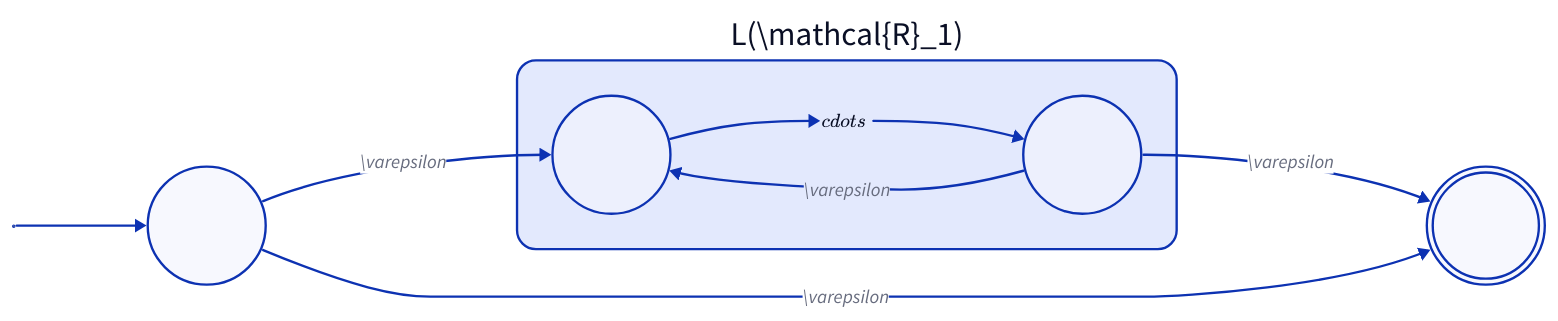
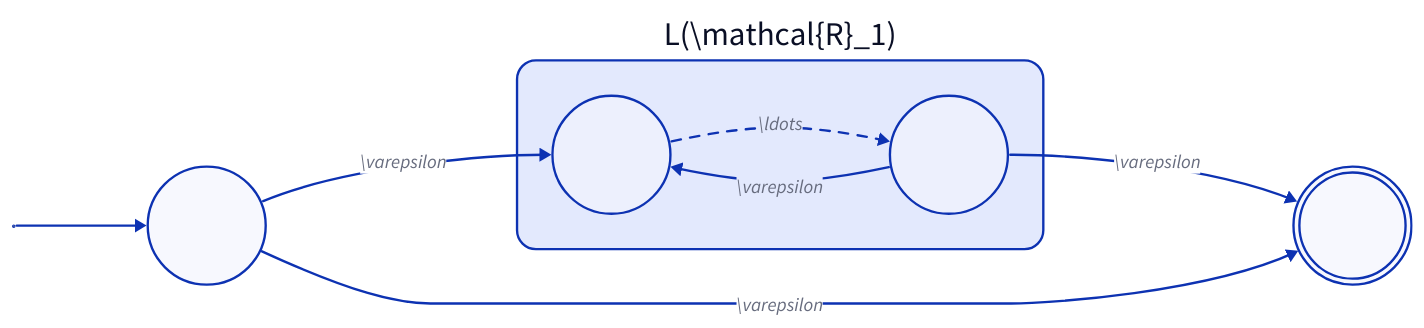
The diagram in content/_attachments/teorema-da-regex-a-enfa-chiusura-di-kleene.d2 (Rexus752/digital-garden), drawn with D2 before and after one commit. The commit also changed 19 other files, not shown here.

```diff
--- a/content/_attachments/teorema-da-regex-a-enfa-chiusura-di-kleene.d2
+++ b/content/_attachments/teorema-da-regex-a-enfa-chiusura-di-kleene.d2
@@ -1,41 +1,40 @@
 direction: right
 
 start: "" {
   shape: circle
   width: 1
   height: 1
   style.fill: black
 }
 
 q0: "" {
   shape: circle
 }
 
 lr1: |latex L(\mathcal{R}_1) | {
   shape: rectangle
   style.border-radius: 16
 
   q1: "" {
     shape: circle
   }
 
-  ledots: |latex \cdots |
-
   qf1: "" {
     shape: circle
   }
 
   qf1 -> q1: |latex \varepsilon |
-  q1 -> ledots
-  ledots -> qf1
+  q1 -> qf1: |latex \ldots | {
+    style.stroke-dash: 4
+  }
 }
 
 qf: "" {
   shape: circle
   style.double-border: true
 }
 
 start -> q0
 q0 -> lr1.q1: |latex \varepsilon |
 lr1.qf1 -> qf: |latex \varepsilon |
 q0 -> qf: |latex \varepsilon |
```
